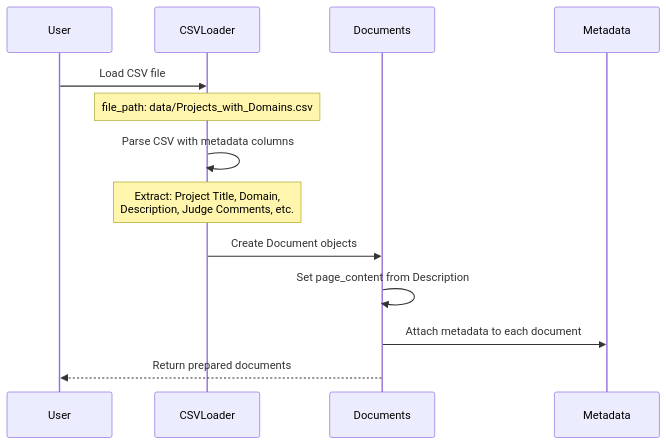
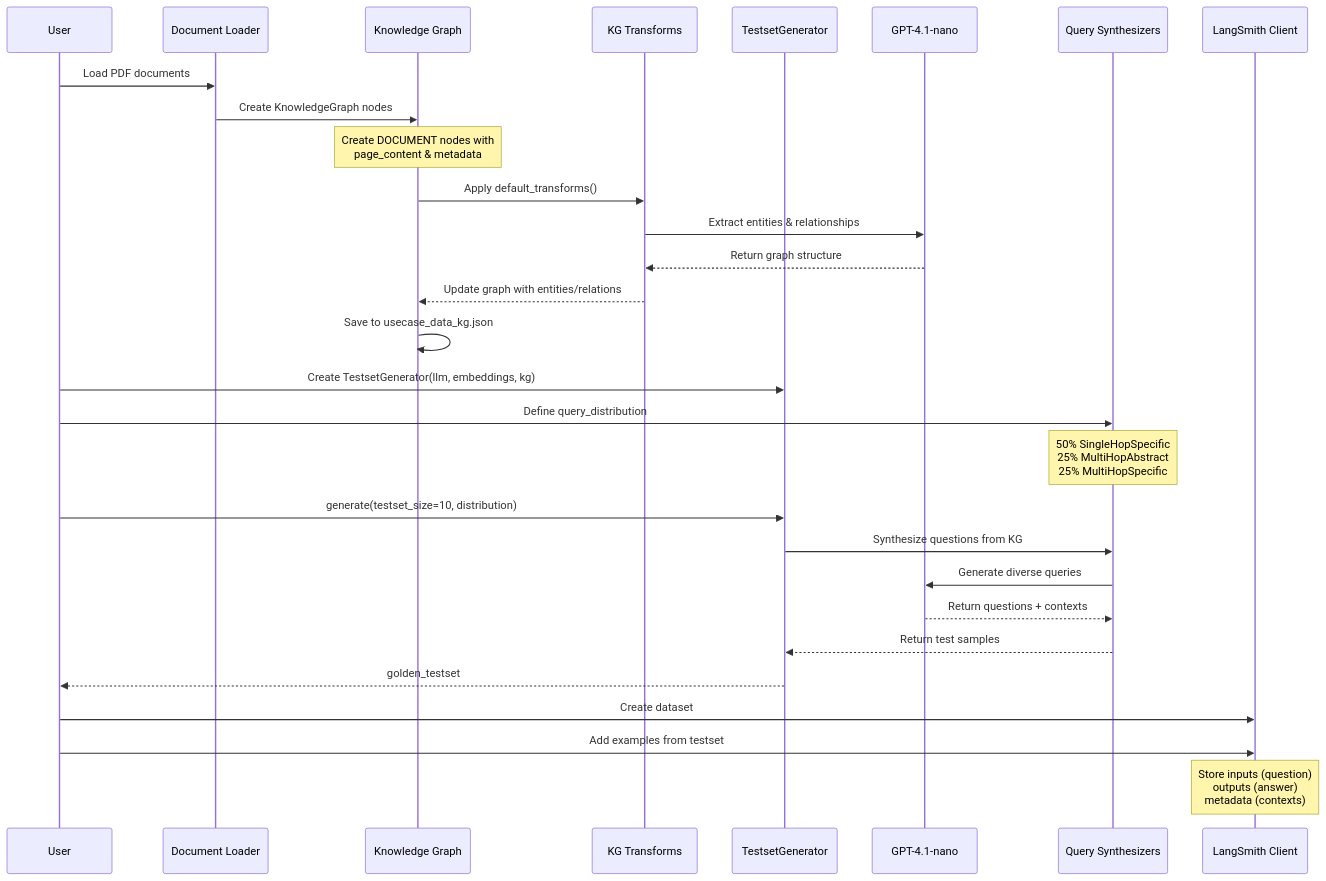
Before and after one commit to don-aie-cohort8/aie8-s09-adv-retrieval: the first of 12 diagrams in architecture/docs/03_data_flows.md, drawn with Mermaid. The commit also changed other lines of this file and 11 other files, not shown here.

````diff
--- a/architecture/docs/03_data_flows.md
+++ b/architecture/docs/03_data_flows.md
@@ -21,16 +16,37 @@
 ```mermaid
 sequenceDiagram
     participant User
-    participant CSVLoader
-    participant Documents
-    participant Metadata
+    participant Loader as Document Loader
+    participant KG as Knowledge Graph
+    participant Transform as KG Transforms
+    participant Gen as TestsetGenerator
+    participant LLM as GPT-4.1-nano
+    participant Synth as Query Synthesizers
+    participant LS as LangSmith Client
 
-    User->>CSVLoader: Load CSV file
-    Note over CSVLoader: file_path: data/Projects_with_Domains.csv
-    CSVLoader->>CSVLoader: Parse CSV with metadata columns
-    Note over CSVLoader: Extract: Project Title, Domain,<br/>Description, Judge Comments, etc.
-    CSVLoader->>Documents: Create Document objects
-    Documents->>Documents: Set page_content from Description
-    Documents->>Metadata: Attach metadata to each document
-    Documents-->>User: Return prepared documents
+    User->>Loader: Load PDF documents
+    Loader->>KG: Create KnowledgeGraph nodes
+    Note over KG: Create DOCUMENT nodes with<br/>page_content & metadata
+
+    KG->>Transform: Apply default_transforms()
+    Transform->>LLM: Extract entities & relationships
+    LLM-->>Transform: Return graph structure
+    Transform-->>KG: Update graph with entities/relations
+
+    KG->>KG: Save to usecase_data_kg.json
+
+    User->>Gen: Create TestsetGenerator(llm, embeddings, kg)
+    User->>Synth: Define query_distribution
+    Note over Synth: 50% SingleHopSpecific<br/>25% MultiHopAbstract<br/>25% MultiHopSpecific
+
+    User->>Gen: generate(testset_size=10, distribution)
+    Gen->>Synth: Synthesize questions from KG
+    Synth->>LLM: Generate diverse queries
+    LLM-->>Synth: Return questions + contexts
+    Synth-->>Gen: Return test samples
+    Gen-->>User: golden_testset
+
+    User->>LS: Create dataset
+    User->>LS: Add examples from testset
+    Note over LS: Store inputs (question)<br/>outputs (answer)<br/>metadata (contexts)
 ```
````
